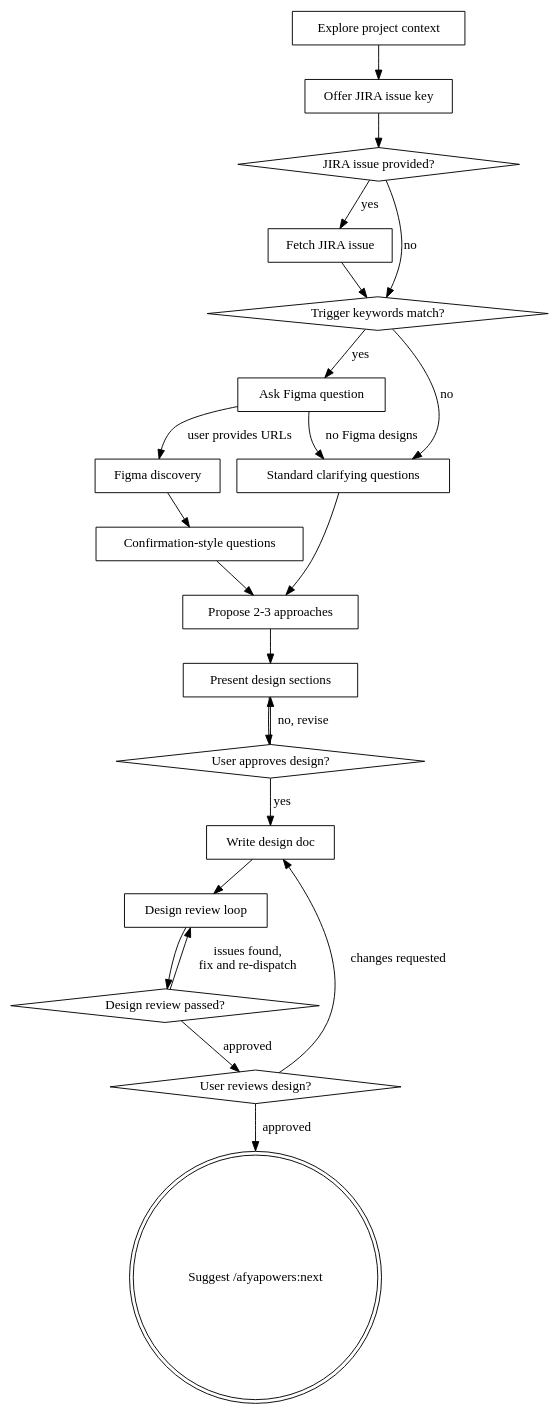
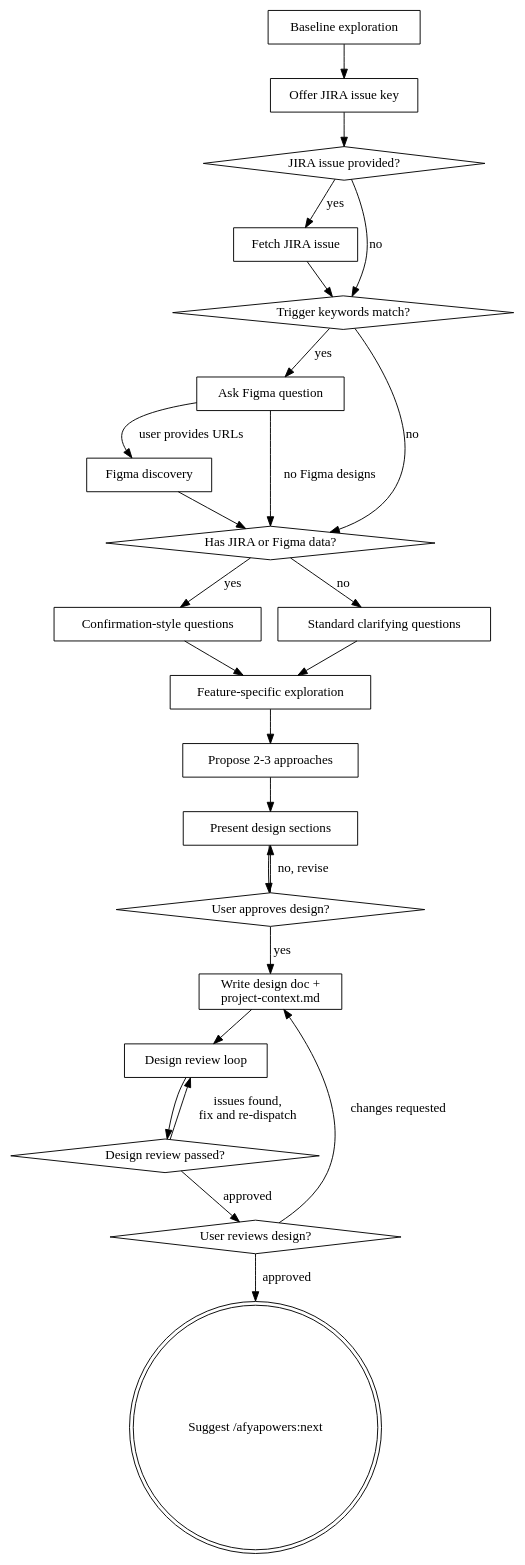
The diagram in dist/claude/skills/design/SKILL.md (iclinic/afyapowers), drawn with Graphviz before and after one commit. The commit also changed other lines of this file and 49 other files, not shown here.

Commit message:
feat: save project context during design phase

````diff
--- a/dist/claude/skills/design/SKILL.md
+++ b/dist/claude/skills/design/SKILL.md
@@ -44,44 +45,49 @@
 ```dot
 digraph design {
-    "Explore project context" [shape=box];
+    "Baseline exploration" [shape=box];
     "Offer JIRA issue key" [shape=box];
     "JIRA issue provided?" [shape=diamond];
     "Fetch JIRA issue" [shape=box];
     "Trigger keywords match?" [shape=diamond];
     "Ask Figma question" [shape=box];
     "Figma discovery" [shape=box];
+    "Has JIRA or Figma data?" [shape=diamond];
     "Confirmation-style questions" [shape=box];
     "Standard clarifying questions" [shape=box];
+    "Feature-specific exploration" [shape=box];
     "Propose 2-3 approaches" [shape=box];
     "Present design sections" [shape=box];
     "User approves design?" [shape=diamond];
-    "Write design doc" [shape=box];
+    "Write design doc +\nproject-context.md" [shape=box];
     "Design review loop" [shape=box];
     "Design review passed?" [shape=diamond];
     "User reviews design?" [shape=diamond];
     "Suggest /afyapowers:next" [shape=doublecircle];
 
-    "Explore project context" -> "Offer JIRA issue key";
+    "Baseline exploration" -> "Offer JIRA issue key";
     "Offer JIRA issue key" -> "JIRA issue provided?";
     "JIRA issue provided?" -> "Fetch JIRA issue" [label="yes"];
     "JIRA issue provided?" -> "Trigger keywords match?" [label="no"];
     "Fetch JIRA issue" -> "Trigger keywords match?";
     "Trigger keywords match?" -> "Ask Figma question" [label="yes"];
-    "Trigger keywords match?" -> "Standard clarifying questions" [label="no"];
+    "Trigger keywords match?" -> "Has JIRA or Figma data?" [label="no"];
     "Ask Figma question" -> "Figma discovery" [label="user provides URLs"];
-    "Ask Figma question" -> "Standard clarifying questions" [label="no Figma designs"];
-    "Figma discovery" -> "Confirmation-style questions";
-    "Confirmation-style questions" -> "Propose 2-3 approaches";
-    "Standard clarifying questions" -> "Propose 2-3 approaches";
+    "Ask Figma question" -> "Has JIRA or Figma data?" [label="no Figma designs"];
+    "Figma discovery" -> "Has JIRA or Figma data?";
+    "Has JIRA or Figma data?" -> "Confirmation-style questions" [label="yes"];
+    "Has JIRA or Figma data?" -> "Standard clarifying questions" [label="no"];
+    "Confirmation-style questions" -> "Feature-specific exploration";
+    "Standard clarifying questions" -> "Feature-specific exploration";
+    "Feature-specific exploration" -> "Propose 2-3 approaches";
     "Propose 2-3 approaches" -> "Present design sections";
     "Present design sections" -> "User approves design?";
     "User approves design?" -> "Present design sections" [label="no, revise"];
-    "User approves design?" -> "Write design doc" [label="yes"];
-    "Write design doc" -> "Design review loop";
+    "User approves design?" -> "Write design doc +\nproject-context.md" [label="yes"];
+    "Write design doc +\nproject-context.md" -> "Design review loop";
     "Design review loop" -> "Design review passed?";
     "Design review passed?" -> "Design review loop" [label="issues found,\nfix and re-dispatch"];
     "Design review passed?" -> "User reviews design?" [label="approved"];
-    "User reviews design?" -> "Write design doc" [label="changes requested"];
+    "User reviews design?" -> "Write design doc +\nproject-context.md" [label="changes requested"];
     "User reviews design?" -> "Suggest /afyapowers:next" [label="approved"];
 }
 ```
````
